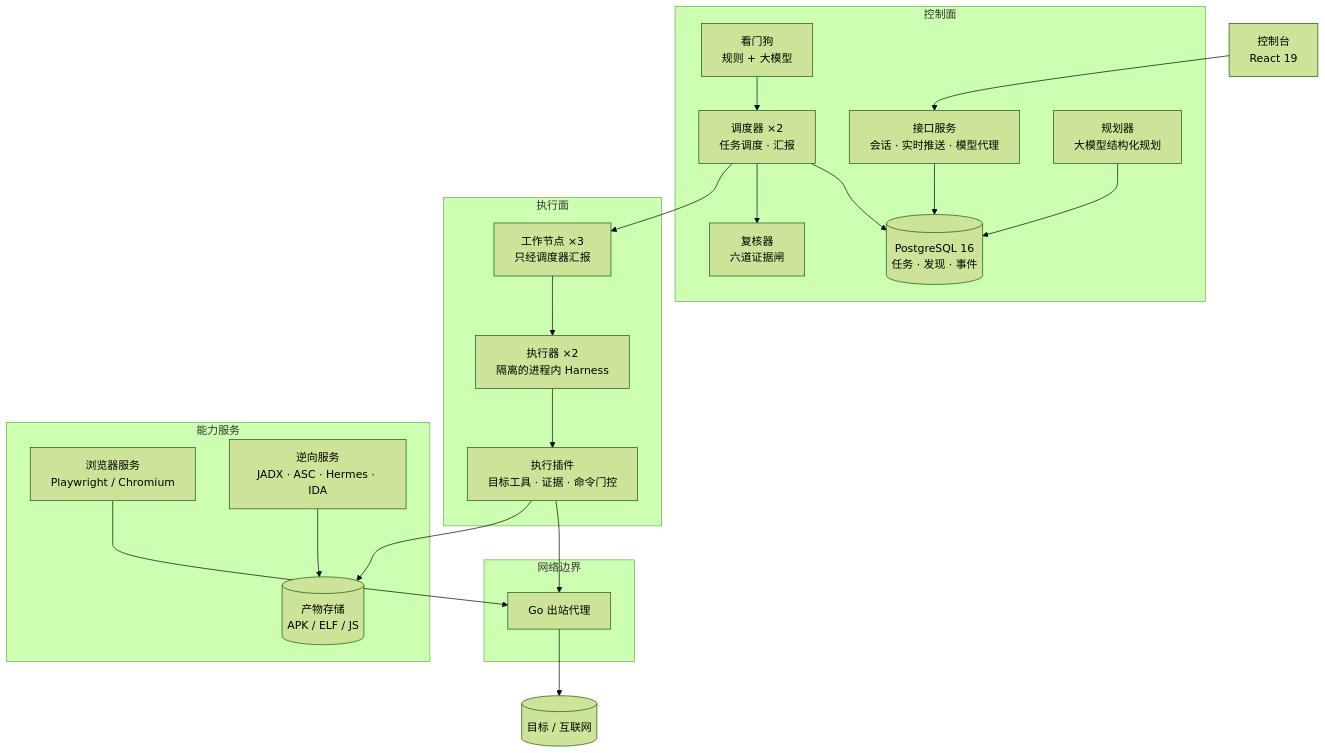
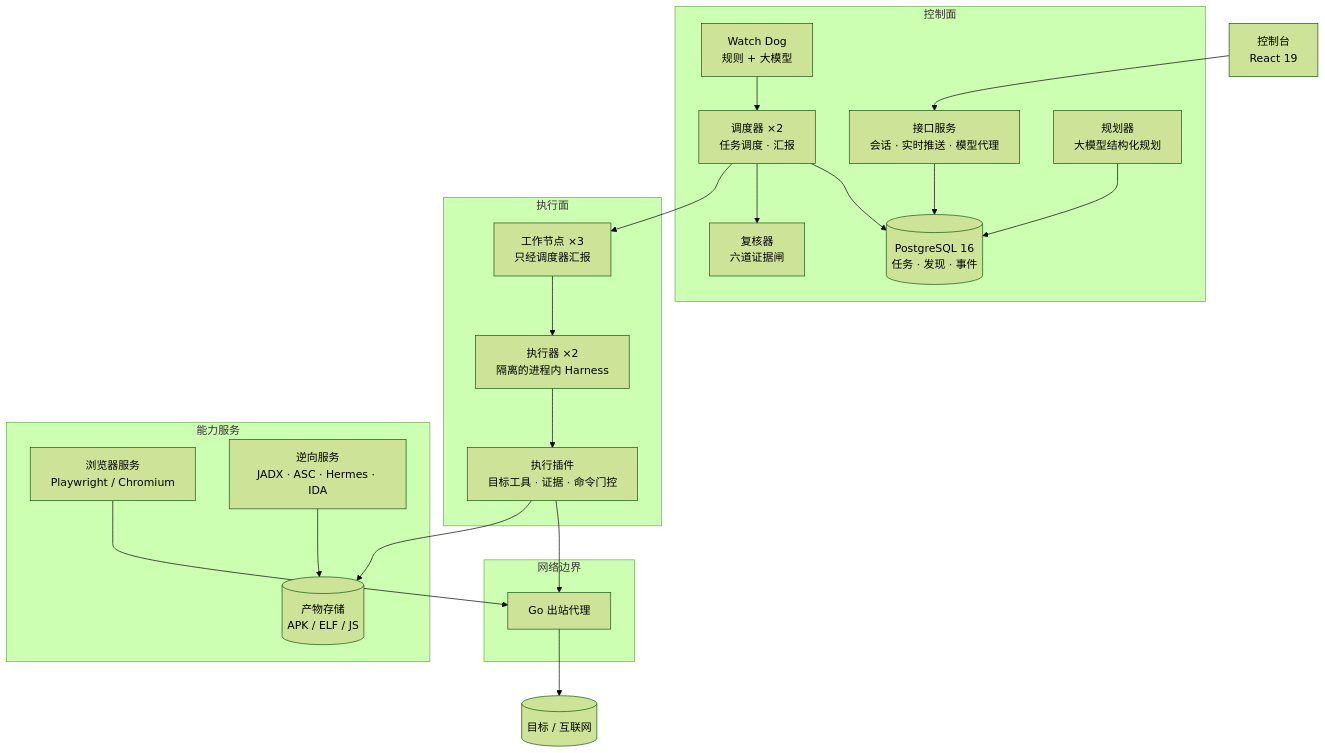
Before and after one commit to zhaji2333/Flotilla: the diagram in README.md, drawn with Mermaid (forest theme). The commit also changed other lines of this file, not shown here.

Commit message:
docs(readme): inline one-time English glossary and rename Watch Dog

````diff
--- a/README.md
+++ b/README.md
@@ -66,44 +64,44 @@
 ```mermaid
 flowchart TB
   SPA["控制台<br/>React 19"]
 
   subgraph CP["控制面"]
     API["接口服务<br/>会话 · 实时推送 · 模型代理"]
     DB[("PostgreSQL 16<br/>任务 · 发现 · 事件")]
     DISP["调度器 ×2<br/>任务调度 · 汇报"]
     PLAN["规划器<br/>大模型结构化规划"]
     CU["复核器<br/>六道证据闸"]
-    WD["看门狗<br/>规则 + 大模型"]
+    WD["Watch Dog<br/>规则 + 大模型"]
   end
 
   subgraph EX["执行面"]
     W["工作节点 ×3<br/>只经调度器汇报"]
     E["执行器 ×2<br/>隔离的进程内 Harness"]
     HP["执行插件<br/>目标工具 · 证据 · 命令门控"]
   end
 
   subgraph CAP["能力服务"]
     BR["浏览器服务<br/>Playwright / Chromium"]
     RV["逆向服务<br/>JADX · ASC · Hermes · IDA"]
     ART[("产物存储<br/>APK / ELF / JS")]
   end
 
   subgraph NET["网络边界"]
     PX["Go 出站代理"]
   end
 
   SPA --> API
   API --> DB
   DISP --> DB
   DISP --> CU
   PLAN --> DB
   DISP --> W
   W --> E
   E --> HP
   HP --> PX
   BR --> PX
   RV --> ART
   HP --> ART
   PX --> T[("目标 / 互联网")]
   WD --> DISP
 ```
````
